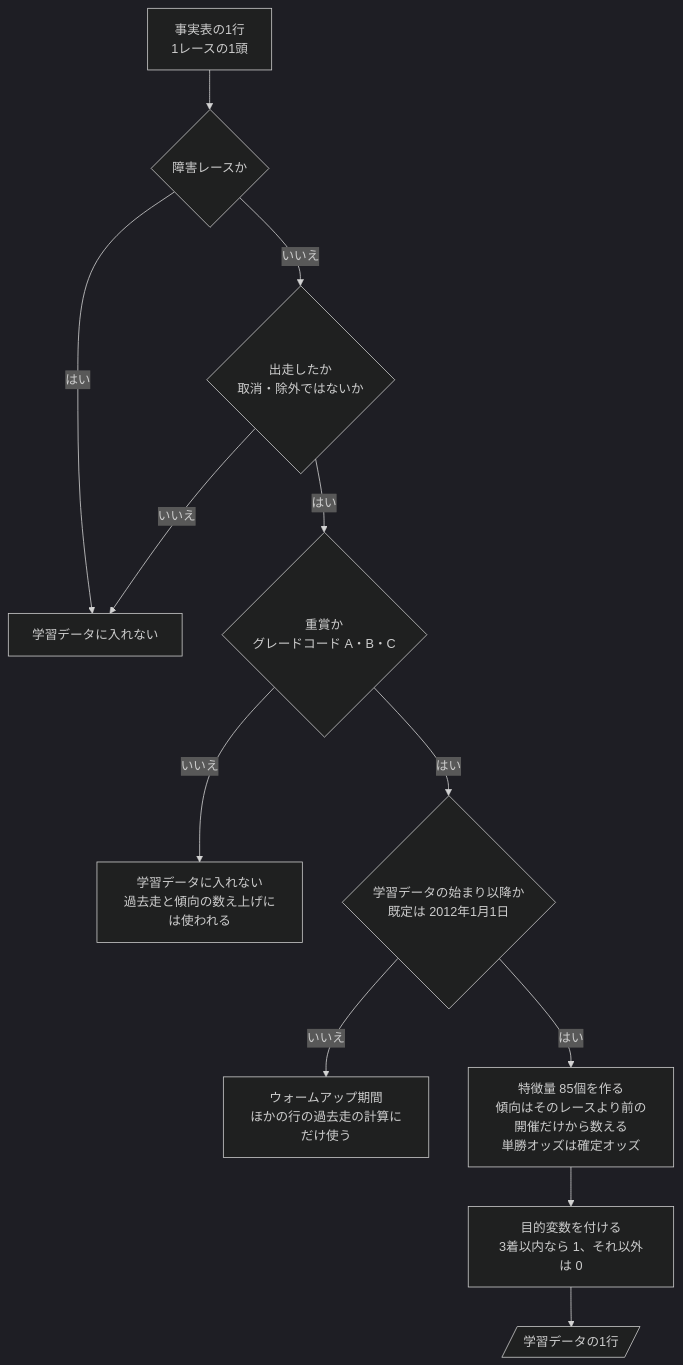
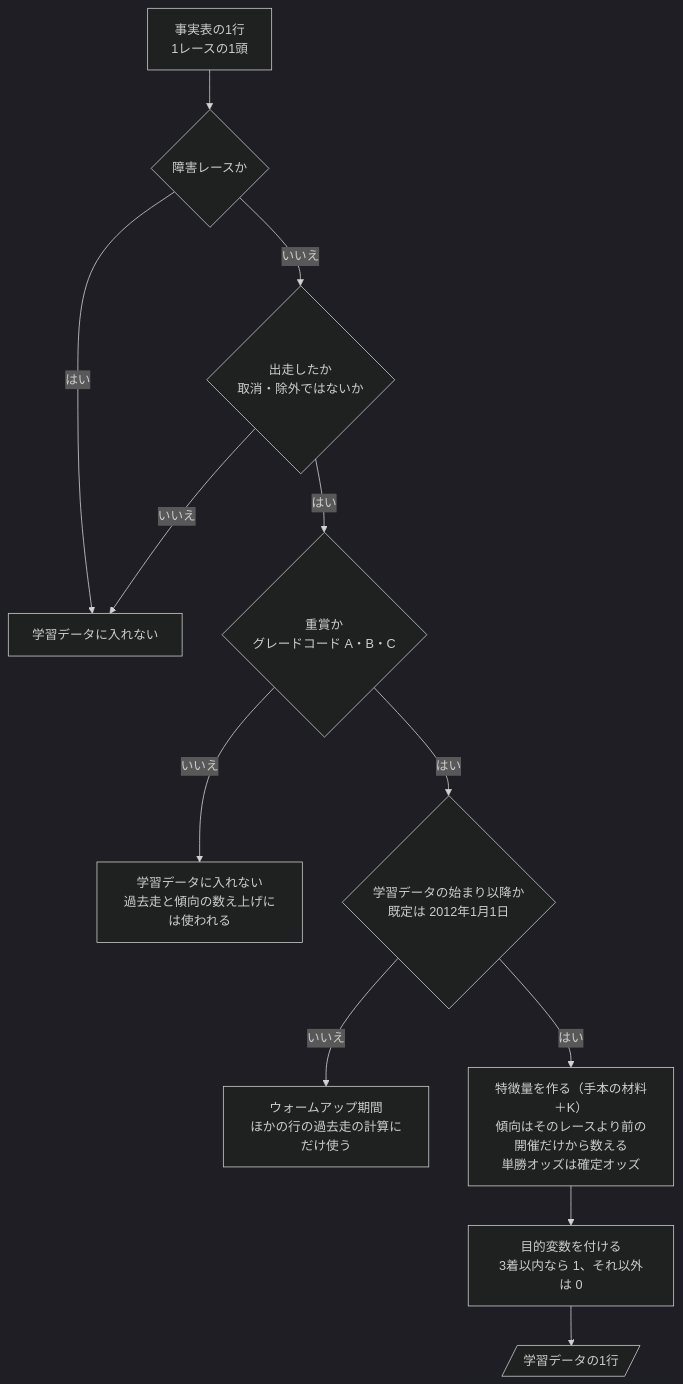
The diagram in docs/design/重賞の傾向と近走から3着以内を予想/06-flowchart.md (ht-0328/keiba-yosou), drawn with Mermaid (dark theme) before and after one commit. The commit also changed 30 other files, not shown here.

````diff
--- a/docs/design/重賞の傾向と近走から3着以内を予想/06-flowchart.md
+++ b/docs/design/重賞の傾向と近走から3着以内を予想/06-flowchart.md
@@ -17,14 +17,14 @@
 ```mermaid
 flowchart TD
     S["事実表の1行<br>1レースの1頭"] --> Q1{"障害レースか"}
     Q1 -->|はい| X["学習データに入れない"]
     Q1 -->|いいえ| Q2{"出走したか<br>取消・除外ではないか"}
     Q2 -->|いいえ| X
     Q2 -->|はい| Q3{"重賞か<br>グレードコード A・B・C"}
     Q3 -->|いいえ| N["学習データに入れない<br>過去走と傾向の数え上げには使われる"]
     Q3 -->|はい| Q4{"学習データの始まり以降か<br>既定は 2012年1月1日"}
     Q4 -->|いいえ| W["ウォームアップ期間<br>ほかの行の過去走の計算にだけ使う"]
-    Q4 -->|はい| F["特徴量 85個を作る<br>傾向はそのレースより前の開催だけから数える<br>単勝オッズは確定オッズ"]
+    Q4 -->|はい| F["特徴量を作る（手本の材料＋K）<br>傾向はそのレースより前の開催だけから数える<br>単勝オッズは確定オッズ"]
     F --> T["目的変数を付ける<br>3着以内なら 1、それ以外は 0"]
     T --> R[/"学習データの1行"/]
 ```
````
